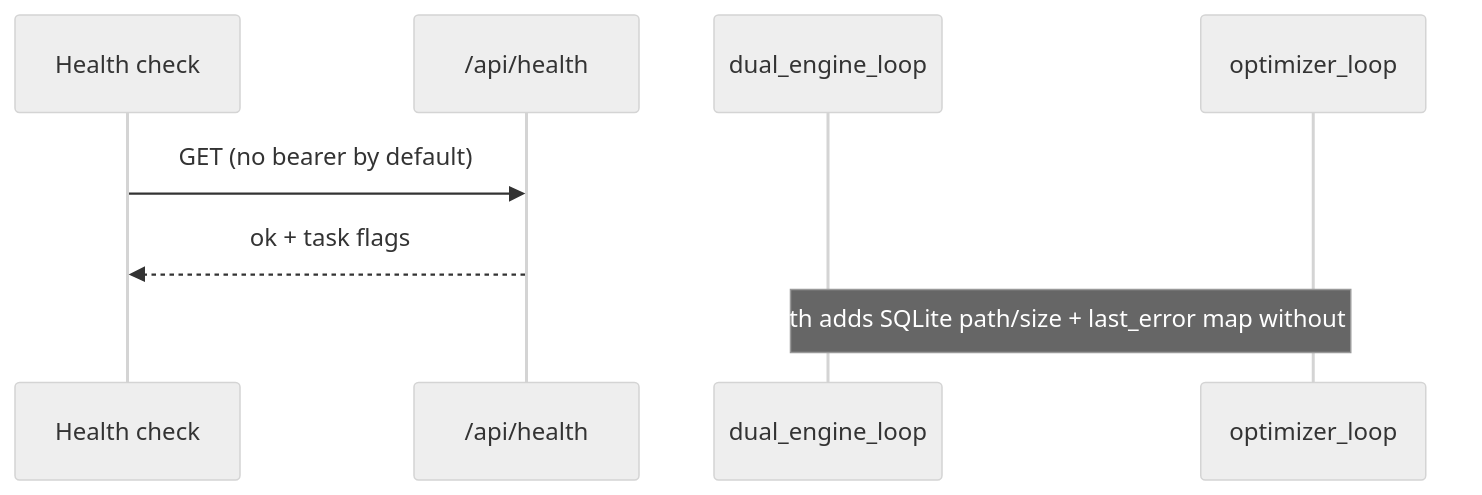
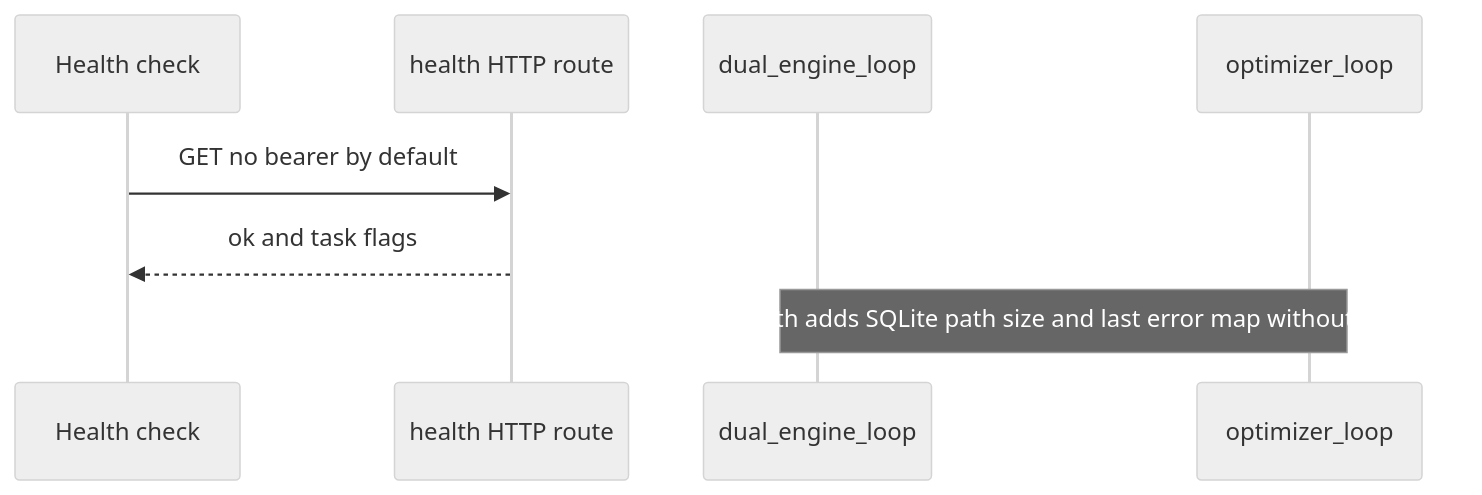
One commit to czyzem-stack/kalshibot changed the seventh of 10 diagrams in README.md. Above: the diagram before and after it, drawn with Mermaid (neutral theme). The commit also changed other lines of this file, not shown here.

First line of the commit message:
docs(readme): make Mermaid sequenceDiagrams GitHub-safe

````diff
--- a/README.md
+++ b/README.md
@@ -272,10 +273,10 @@
 ```mermaid
 sequenceDiagram
   participant H as Health check
-  participant A as /api/health
+  participant A as health HTTP route
   participant L as dual_engine_loop
   participant O as optimizer_loop
-  H->>A: GET (no bearer by default)
-  A-->>H: ok + task flags
-  Note over L,O: Deep health adds SQLite path/size + last_error map without Kalshi I/O.
+  H->>A: GET no bearer by default
+  A-->>H: ok and task flags
+  Note over L,O: Deep health adds SQLite path size and last error map without Kalshi IO.
 ```
````
